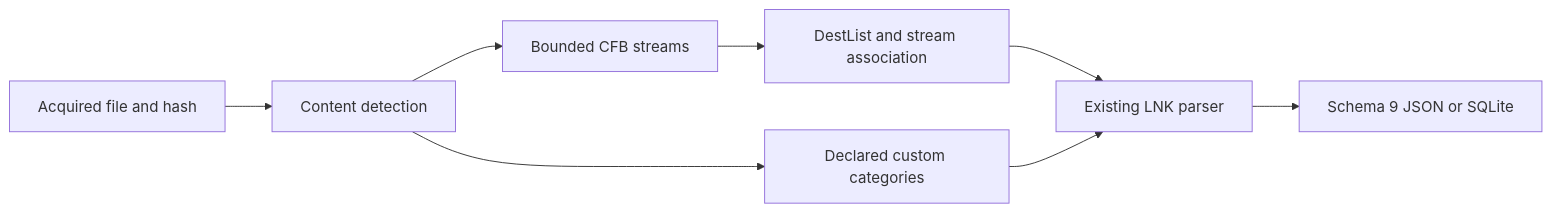
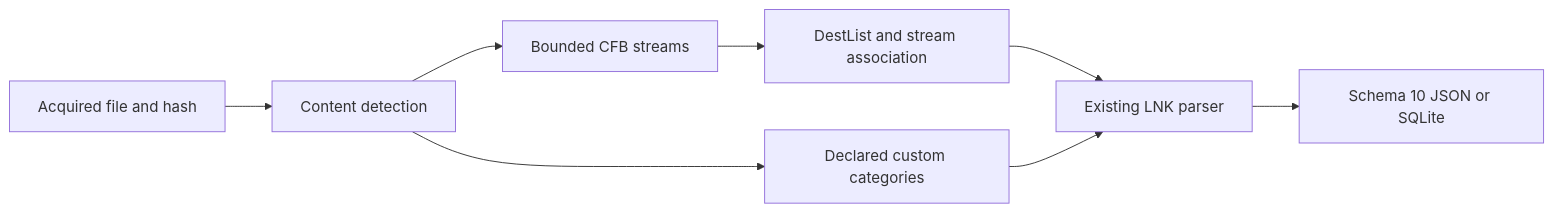
Before and after one commit to polynomeer/plaintrace: the diagram in docs/JUMP_LISTS_CLI.ko.md, drawn with Mermaid. The commit also changed other lines of this file and 27 other files, not shown here.

````diff
--- a/docs/JUMP_LISTS_CLI.ko.md
+++ b/docs/JUMP_LISTS_CLI.ko.md
@@ -63,10 +63,10 @@
 ```mermaid
 flowchart LR
   Input[Acquired file and hash] --> Detect[Content detection]
   Detect --> CFB[Bounded CFB streams]
   Detect --> Custom[Declared custom categories]
   CFB --> Dest[DestList and stream association]
   Dest --> LNK[Existing LNK parser]
   Custom --> LNK
-  LNK --> Report[Schema 9 JSON or SQLite]
+  LNK --> Report[Schema 10 JSON or SQLite]
 ```
````
